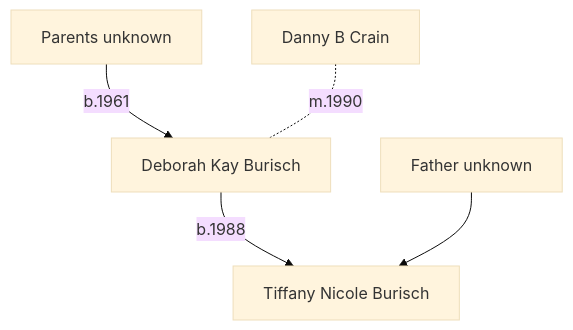
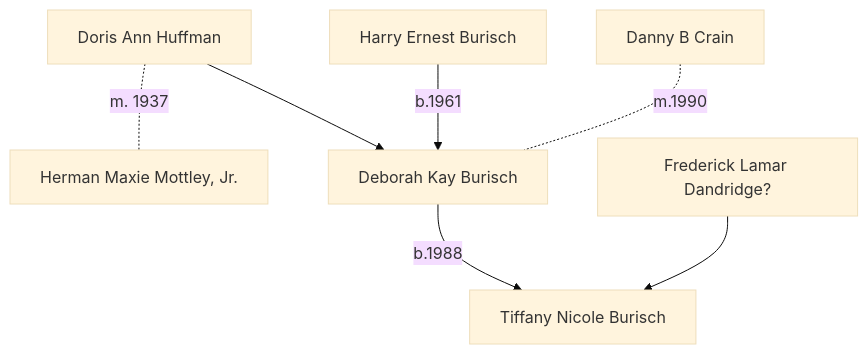
One commit to Black-Star-Institute/blackstar.github.io changed the diagram in docs/people/burisch_deborah.md. Above: the diagram before and after it, drawn with Mermaid (base theme).

````diff
--- a/docs/people/burisch_deborah.md
+++ b/docs/people/burisch_deborah.md
@@ -24,7 +24,9 @@
 ```mermaid
 graph TD;
-  anon[Parents unknown] -- "b.1961" --> deborah
+  doris -. "m. 1937" .- herman[Herman Maxie Mottley, Jr.]
+  harry[Harry Ernest Burisch] -- "b.1961" --> deborah
+  doris[Doris Ann Huffman] --> deborah
   deborah[Deborah Kay Burisch] -- "b.1988" --> tiffany[Tiffany Nicole Burisch]
-  anon2[Father unknown] --> tiffany
   dan[Danny B Crain] -. "m.1990" .- deborah
+  fred[Frederick Lamar Dandridge?] --> tiffany
 ```
````
